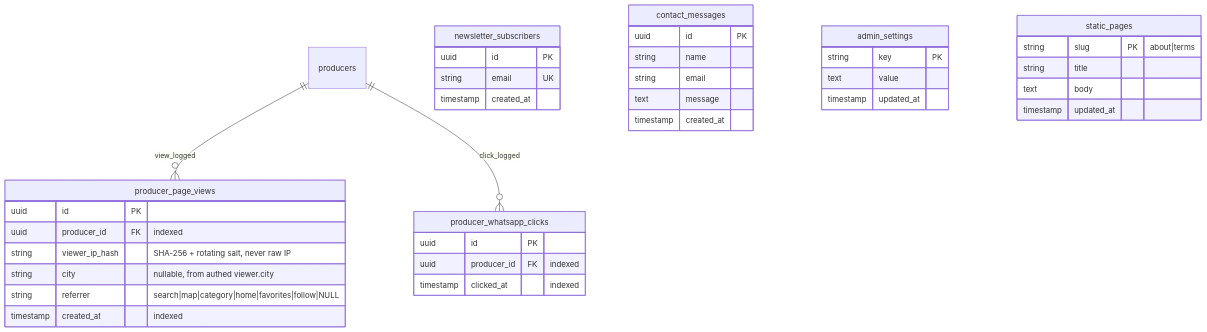
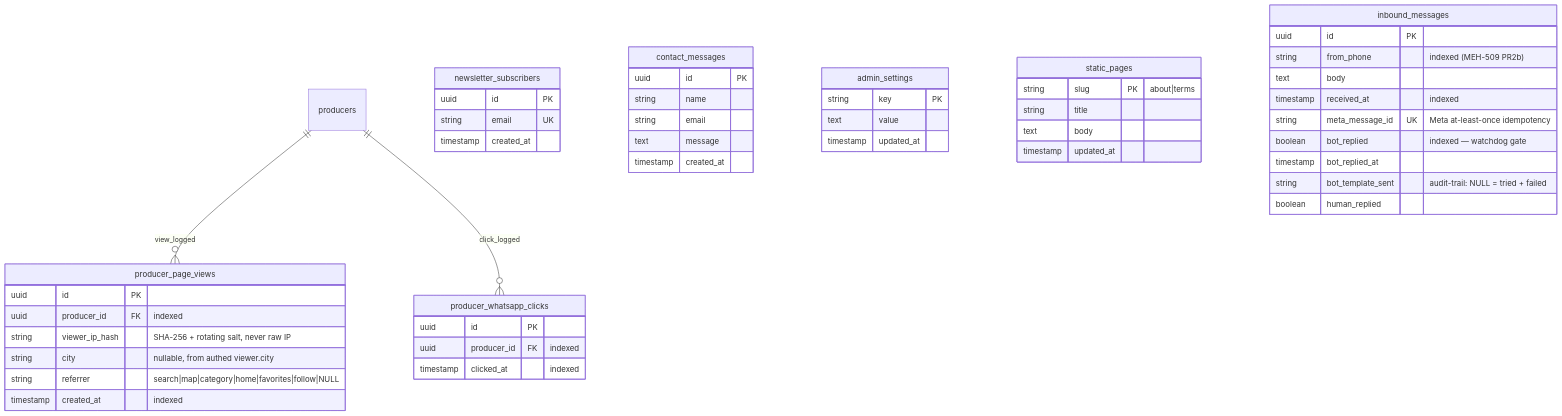
One commit to levismadar80-ship-it/FoodMamkor changed the fourth of 4 diagrams in .ai/diagrams/db-schema.md. Above: the diagram before and after it, drawn with Mermaid. The commit also changed 12 other files, not shown here.

````diff
--- a/.ai/diagrams/db-schema.md
+++ b/.ai/diagrams/db-schema.md
@@ -221,47 +221,59 @@
 ```mermaid
 erDiagram
     producers ||--o{ producer_page_views : "view_logged"
     producers ||--o{ producer_whatsapp_clicks : "click_logged"
 
     producer_page_views {
         uuid id PK
         uuid producer_id FK "indexed"
         string viewer_ip_hash "SHA-256 + rotating salt, never raw IP"
         string city "nullable, from authed viewer.city"
         string referrer "search|map|category|home|favorites|follow|NULL"
         timestamp created_at "indexed"
     }
 
     producer_whatsapp_clicks {
         uuid id PK
         uuid producer_id FK "indexed"
         timestamp clicked_at "indexed"
     }
 
     newsletter_subscribers {
         uuid id PK
         string email UK
         timestamp created_at
     }
 
     contact_messages {
         uuid id PK
         string name
         string email
         text message
         timestamp created_at
     }
 
     admin_settings {
         string key PK
         text value
         timestamp updated_at
     }
 
     static_pages {
         string slug PK "about|terms"
         string title
         text body
         timestamp updated_at
     }
+
+    inbound_messages {
+        uuid id PK
+        string from_phone "indexed (MEH-509 PR2b)"
+        text body
+        timestamp received_at "indexed"
+        string meta_message_id UK "Meta at-least-once idempotency"
+        boolean bot_replied "indexed — watchdog gate"
+        timestamp bot_replied_at
+        string bot_template_sent "audit-trail: NULL = tried + failed"
+        boolean human_replied
+    }
 ```
````
